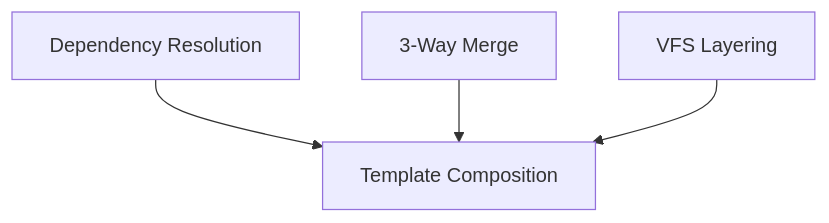
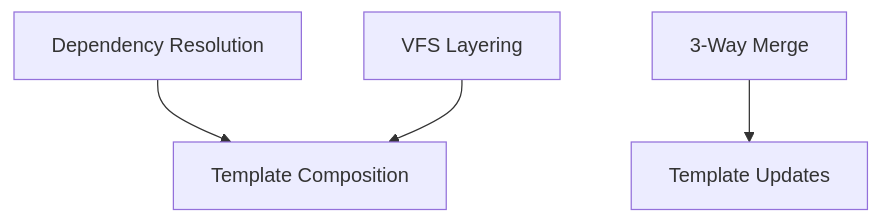
The diagram in docs/developer/algorithms/00-README.md (AtomiCloud/sulfone.iridium), drawn with Mermaid before and after one commit. The commit also changed 22 other files, not shown here.

````diff
--- a/docs/developer/algorithms/00-README.md
+++ b/docs/developer/algorithms/00-README.md
@@ -7,6 +7,6 @@
 ```mermaid
 flowchart TD
     DR[Dependency Resolution] --> TC[Template Composition]
-    TWM[3-Way Merge] --> TC
+    TWM[3-Way Merge] --> TU[Template Updates]
     VFS[VFS Layering] --> TC
 ```
````
